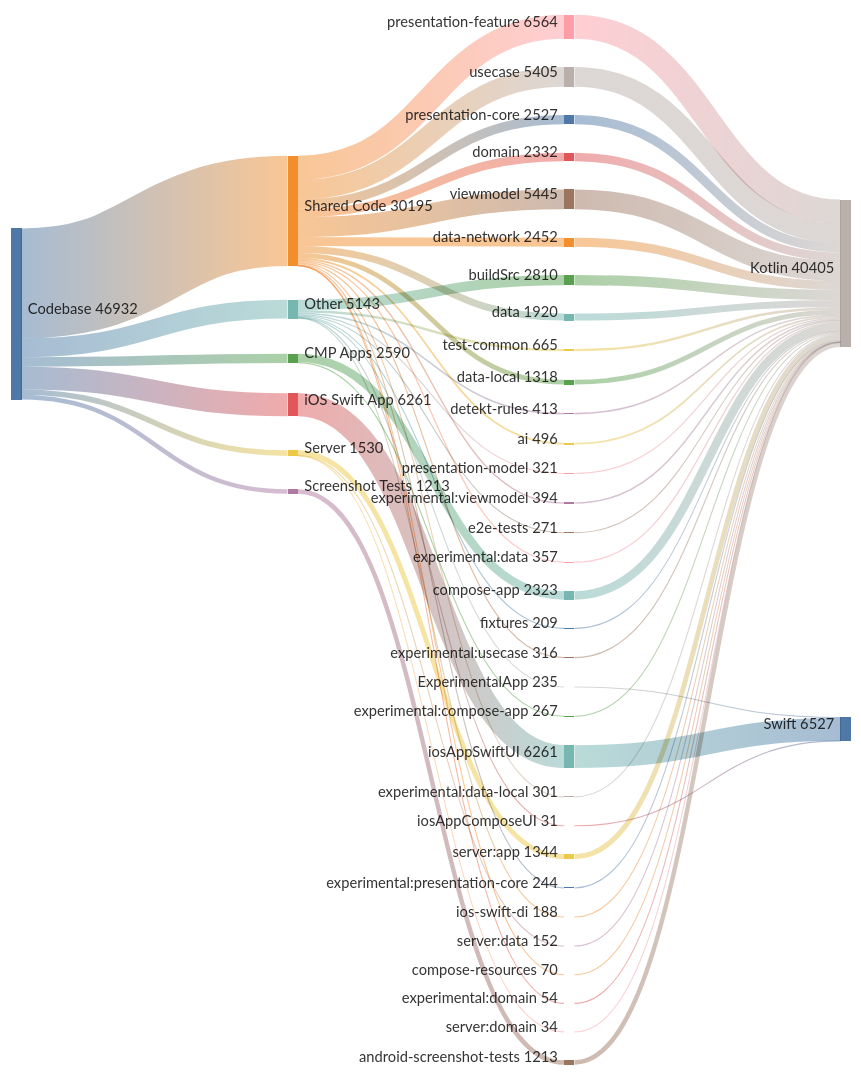
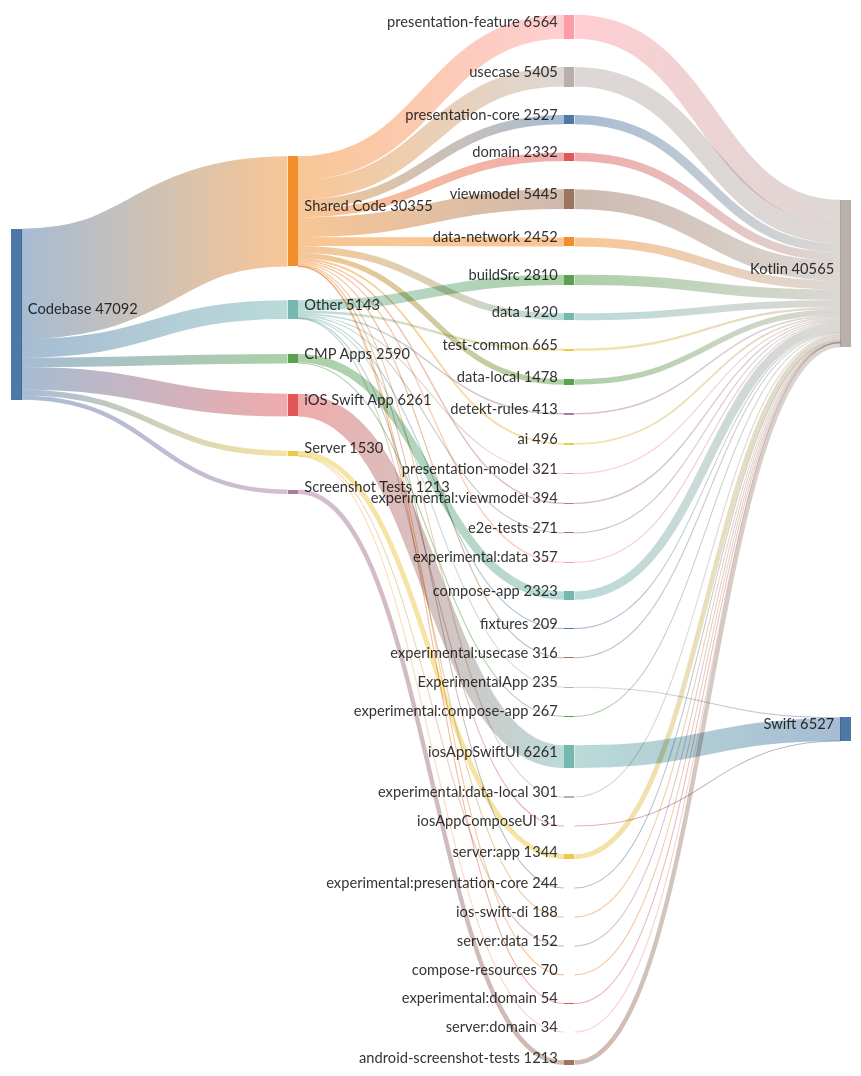
The second of 2 diagrams in README.md (cartland/battery-butler), drawn with Mermaid before and after one commit. The commit also changed 2 other files, not shown here.

Commit message:
docs(generated): Regenerate architecture diagrams and analysis (#1191)

```diff
--- a/README.md
+++ b/README.md
@@ -224,7 +224,7 @@
 %% GENERATED FILE - DO NOT EDIT
 sankey-beta
 
-Codebase,Shared Code,30195
+Codebase,Shared Code,30355
 Codebase,iOS Swift App,6261
 Codebase,Other,5143
 Codebase,CMP Apps,2590
@@ -238,7 +238,7 @@
 Shared Code,data-network,2452
 Shared Code,domain,2332
 Shared Code,data,1920
-Shared Code,data-local,1318
+Shared Code,data-local,1478
 Shared Code,ai,496
 Shared Code,experimental:viewmodel,394
 Shared Code,experimental:data,357
@@ -279,8 +279,8 @@
 domain,Kotlin,2332
 compose-app,Kotlin,2323
 data,Kotlin,1920
+data-local,Kotlin,1478
 server:app,Kotlin,1344
-data-local,Kotlin,1318
 android-screenshot-tests,Kotlin,1213
 test-common,Kotlin,665
 ai,Kotlin,496
```
